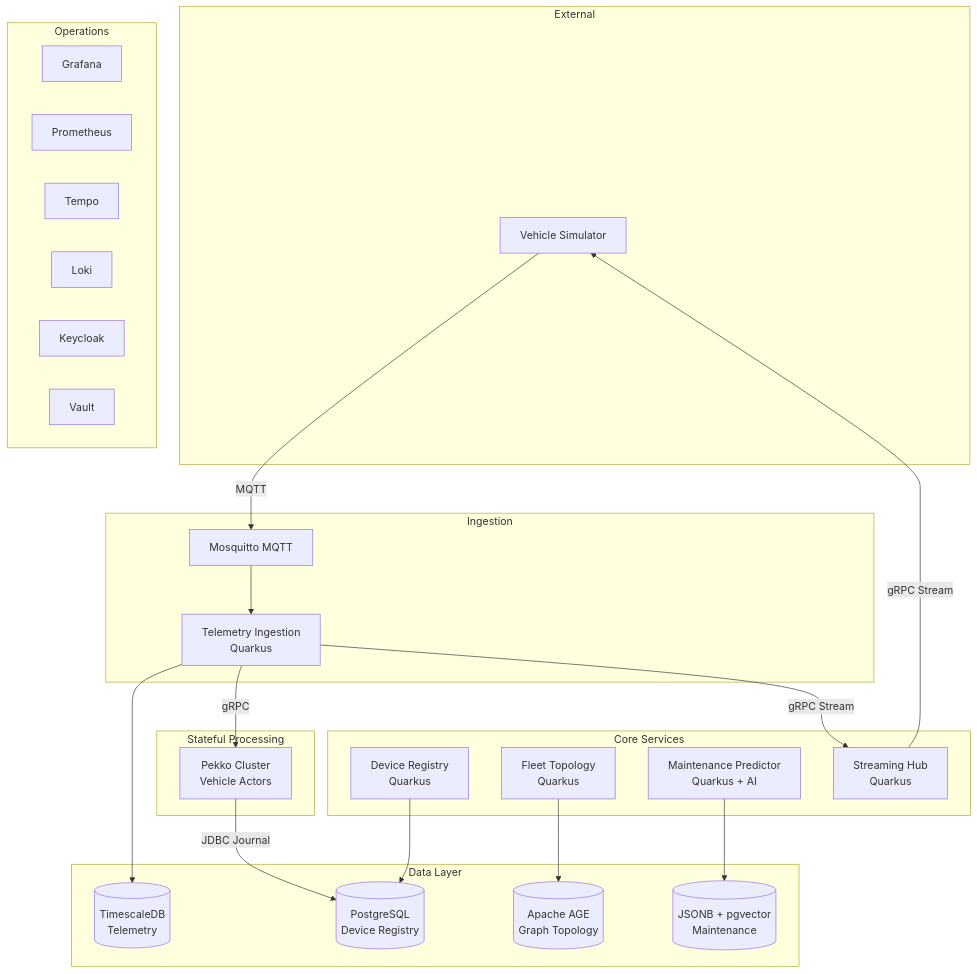
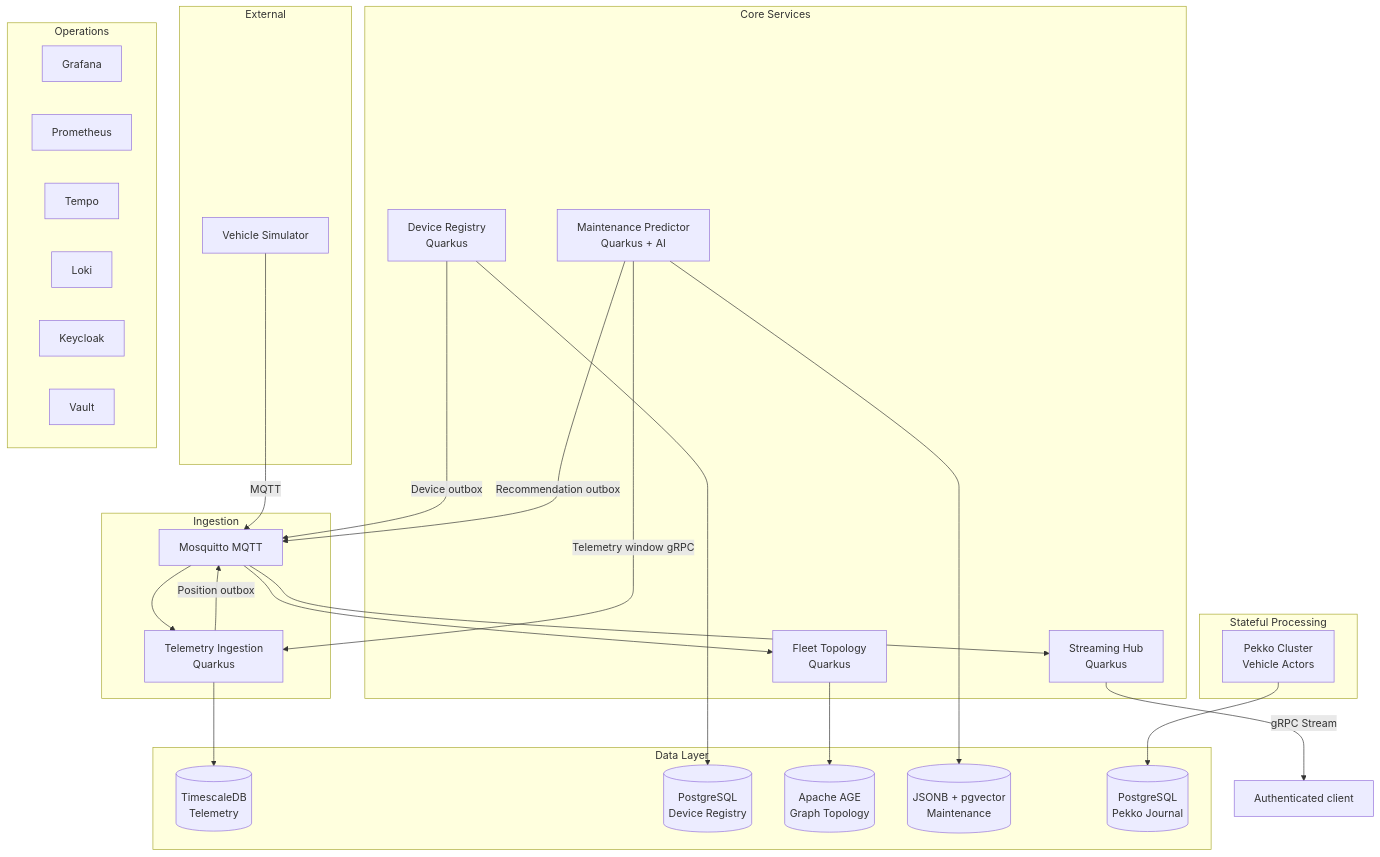
One commit to stanimirivanov/fleetiq changed the first of 2 diagrams in README.md. Above: the diagram before and after it, drawn with Mermaid. The commit also changed other lines of this file and 69 other files, not shown here.

````diff
--- a/README.md
+++ b/README.md
@@ -18,49 +20,54 @@
 ```mermaid
 graph TB
     subgraph "External"
         SIM[Vehicle Simulator]
     end
 
     subgraph "Ingestion"
         MQTT[Mosquitto MQTT]
         TI[Telemetry Ingestion<br/>Quarkus]
     end
 
     subgraph "Core Services"
         DR[Device Registry<br/>Quarkus]
         FT[Fleet Topology<br/>Quarkus]
         MP[Maintenance Predictor<br/>Quarkus + AI]
         SH[Streaming Hub<br/>Quarkus]
     end
 
     subgraph "Stateful Processing"
         PK[Pekko Cluster<br/>Vehicle Actors]
     end
 
     subgraph "Data Layer"
         TS[(TimescaleDB<br/>Telemetry)]
         PG[(PostgreSQL<br/>Device Registry)]
         AG[(Apache AGE<br/>Graph Topology)]
         JB[(JSONB + pgvector<br/>Maintenance)]
+        PJ[(PostgreSQL<br/>Pekko Journal)]
     end
 
     subgraph "Operations"
         GF[Grafana]
         PR[Prometheus]
         TM[Tempo]
         LK[Loki]
         KC[Keycloak]
         VT[Vault]
     end
 
     SIM -->|MQTT| MQTT
     MQTT --> TI
+    MQTT --> SH
     TI --> TS
-    TI -->|gRPC| PK
-    TI -->|gRPC Stream| SH
+    TI -->|Position outbox| MQTT
     DR --> PG
+    DR -->|Device outbox| MQTT
+    MQTT --> FT
     FT --> AG
     MP --> JB
-    PK -->|JDBC Journal| PG
-    SH -->|gRPC Stream| SIM
+    MP -->|Telemetry window gRPC| TI
+    MP -->|Recommendation outbox| MQTT
+    SH -->|gRPC Stream| CLIENT[Authenticated client]
+    PK --> PJ
 ```
````
